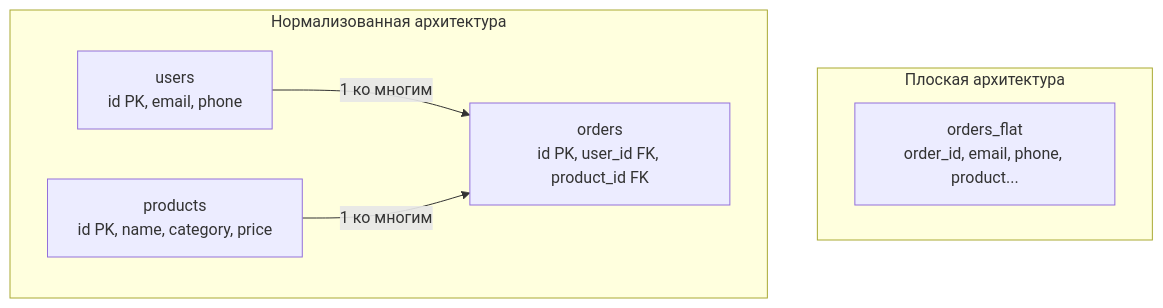
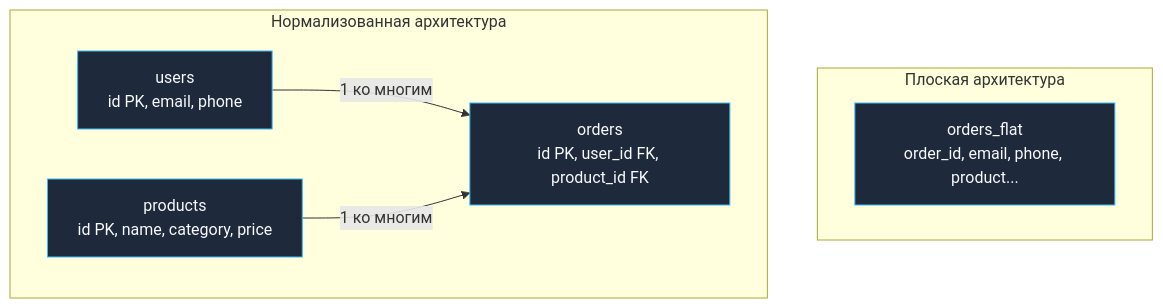
Before and after one commit to UnrealTemplier/go-textbook: the diagram in sources/12. Базы данных/01. Введение и фундамент/9. Нормализация. Введение.md, drawn with Mermaid. The commit also changed 1666 other files, not shown here.

First line of the commit message:
feat(mermaid): add semantic color classDef to 1369 colorless flowchart/graph diagrams

````diff
--- a/sources/12. Базы данных/01. Введение и фундамент/9. Нормализация. Введение.md
+++ b/sources/12. Базы данных/01. Введение и фундамент/9. Нормализация. Введение.md
@@ -54,15 +54,25 @@
 ```mermaid
 flowchart TD
+    classDef process  fill:#1e293b,stroke:#38bdf8,stroke-width:1px,color:#f8fafc
+    classDef success  fill:#064e3b,stroke:#34d399,stroke-width:1px,color:#f8fafc
+    classDef error    fill:#7f1d1d,stroke:#f87171,stroke-width:1px,color:#f8fafc
+    classDef warning  fill:#78350f,stroke:#fbbf24,stroke-width:1px,color:#f8fafc
+    classDef entry    fill:#1e3a5f,stroke:#38bdf8,stroke-width:2px,color:#f8fafc
+    classDef aux      fill:#334155,stroke:#64748b,stroke-width:1px,color:#f8fafc
+    classDef system   fill:#312e81,stroke:#a78bfa,stroke-width:1px,color:#f8fafc
+    classDef data     fill:#132d29,stroke:#2dd4bf,stroke-width:1px,color:#f8fafc
+    classDef network  fill:#881337,stroke:#fb7185,stroke-width:1px,color:#f8fafc
+    classDef accent   fill:#1e1b4b,stroke:#818cf8,stroke-width:1px,color:#f8fafc
     subgraph Плоская архитектура
-        Flat["orders_flat<br>order_id, email, phone, product..."]
+        Flat["orders_flat<br>order_id, email, phone, product..."]:::process
     end
 
     subgraph Нормализованная архитектура
-        Users["users<br>id PK, email, phone"]
-        Orders["orders<br>id PK, user_id FK, product_id FK"]
-        Products["products<br>id PK, name, category, price"]
+        Users["users<br>id PK, email, phone"]:::process
+        Orders["orders<br>id PK, user_id FK, product_id FK"]:::process
+        Products["products<br>id PK, name, category, price"]:::process
         
         Users -->|1 ко многим| Orders
         Products -->|1 ко многим| Orders
     end
 ```
````
